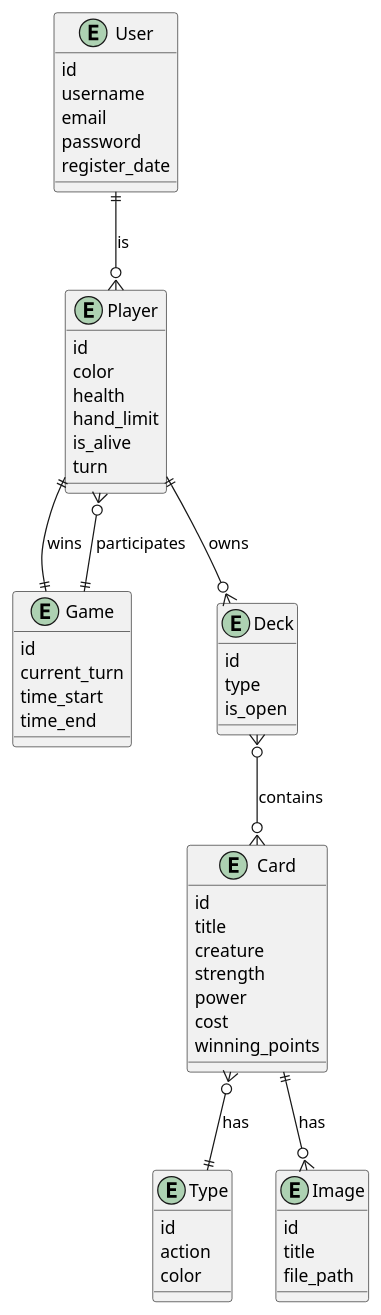
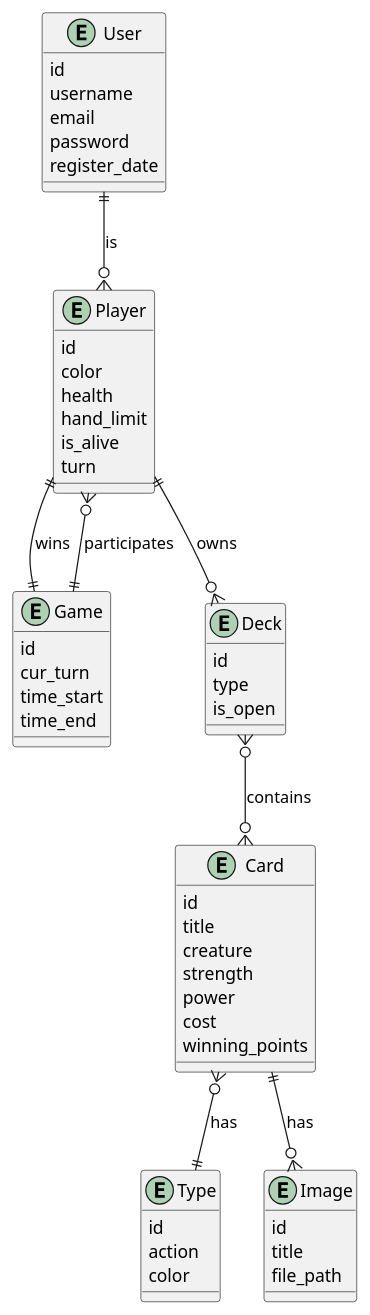
One commit to just-rudy/cool-magic-battles changed the diagram in docs/chen.puml. Above: the diagram before and after it, drawn with PlantUML. The commit also changed 17 other files, not shown here.

```diff
--- a/docs/chen.puml
+++ b/docs/chen.puml
@@ -1,65 +1,65 @@
 @startuml
 entity User {
   id
   username
   email
   password
   register_date
 }
 
 entity Game {
   id
-  current_turn
+  cur_turn
   time_start
   time_end
 }
 
 entity Player {
   id
   color
   health
   hand_limit
   is_alive
   turn
 }
 
 entity Card {
   id
   title
   creature
   strength
   power
   cost
   winning_points
 }
 
 entity Type {
   id
   action
   color
 }
 
 entity Image {
   id
   title
   file_path
 }
 
 entity Deck {
   id
   type
   is_open
 }
 
 User ||--o{ Player : is
 Game ||--o{ Player : participates
 
 Player ||--o{ Deck : owns
 Deck }o--o{ Card : contains
 
 Card }o--|| Type : has
 Card ||--o{ Image : has
 
 Player ||--|| Game : wins
 
 @enduml
```
